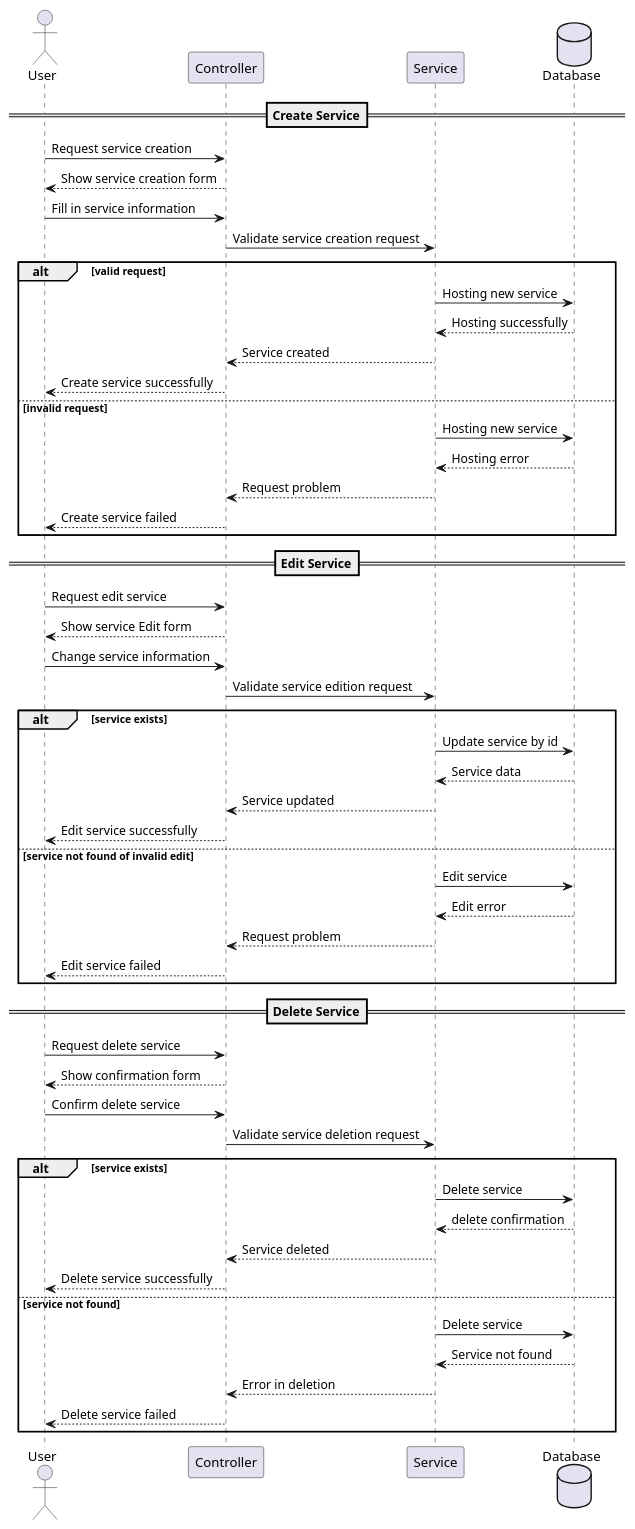
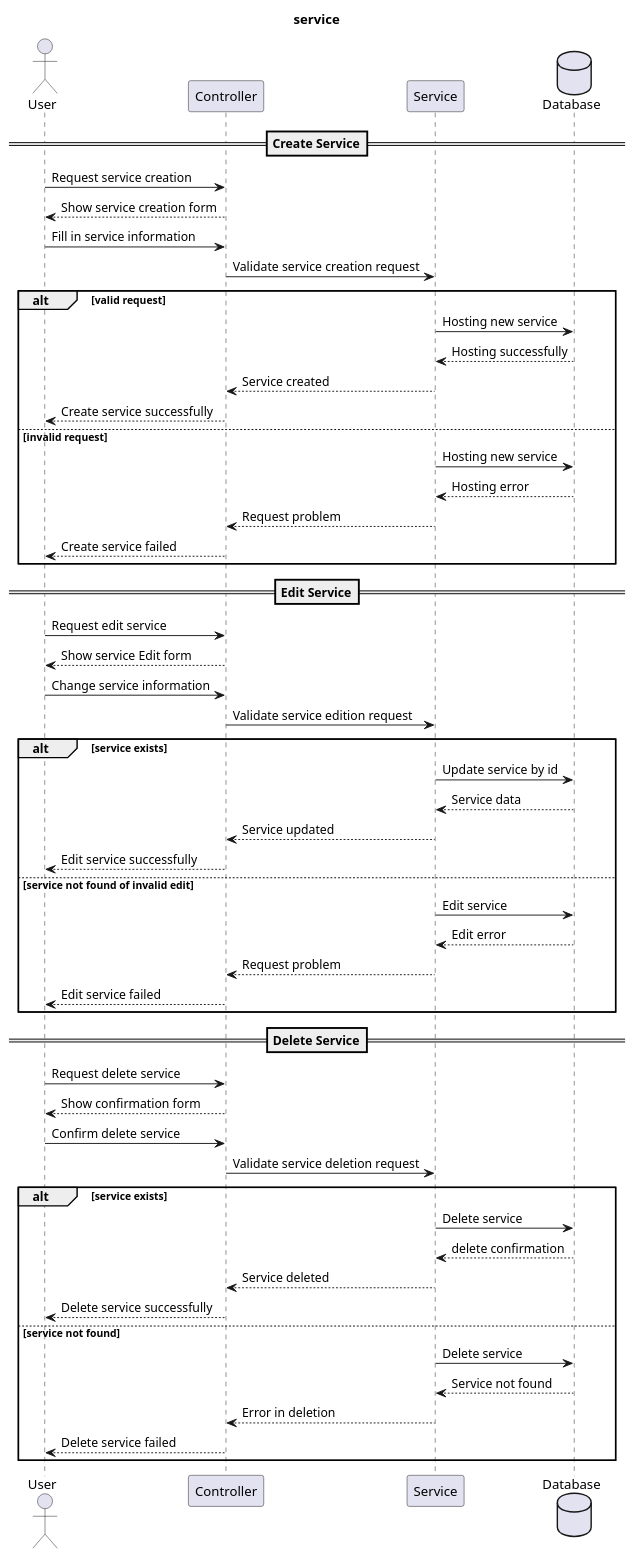
One commit to KaLord2231/SE357-Pratice-class changed the diagram in Lab1.2/Sequence_Diagram/Service_Management.plantuml. Above: the diagram before and after it, drawn with PlantUML. The commit also changed 8 other files, not shown here.

```diff
--- a/Lab1.2/Sequence_Diagram/Service_Management.plantuml
+++ b/Lab1.2/Sequence_Diagram/Service_Management.plantuml
@@ -1,55 +1,56 @@
 @startuml
+title service
 actor User as User
 participant Controller
 participant Service 
 database Database 
 
 ==Create Service==
 User->Controller: Request service creation
 Controller-->User: Show service creation form
 User->Controller: Fill in service information
 Controller->Service: Validate service creation request
 alt valid request
     Service->Database: Hosting new service
     Database-->Service: Hosting successfully
     Service-->Controller: Service created
     Controller-->User: Create service successfully
 else invalid request
     Service->Database: Hosting new service
     Database-->Service: Hosting error
     Service-->Controller: Request problem
     Controller-->User: Create service failed
 end
 ==Edit Service==
 User->Controller: Request edit service
 Controller-->User: Show service Edit form
 User->Controller: Change service information
 Controller->Service: Validate service edition request
 alt service exists
     Service->Database: Update service by id
     Database-->Service: Service data
     Service-->Controller: Service updated
     Controller-->User: Edit service successfully
 else service not found of invalid edit 
     Service->Database: Edit service
     Database-->Service: Edit error
     Service-->Controller: Request problem
     Controller-->User: Edit service failed
 end
 ==Delete Service==
 User->Controller: Request delete service
 Controller-->User: Show confirmation form
 User->Controller: Confirm delete service
 Controller->Service: Validate service deletion request
 alt service exists
     Service->Database: Delete service
     Database-->Service: delete confirmation
     Service-->Controller: Service deleted
     Controller-->User: Delete service successfully
 else service not found
     Service->Database: Delete service
     Database-->Service: Service not found
     Service-->Controller: Error in deletion
     Controller-->User: Delete service failed
 end
 @enduml
```
